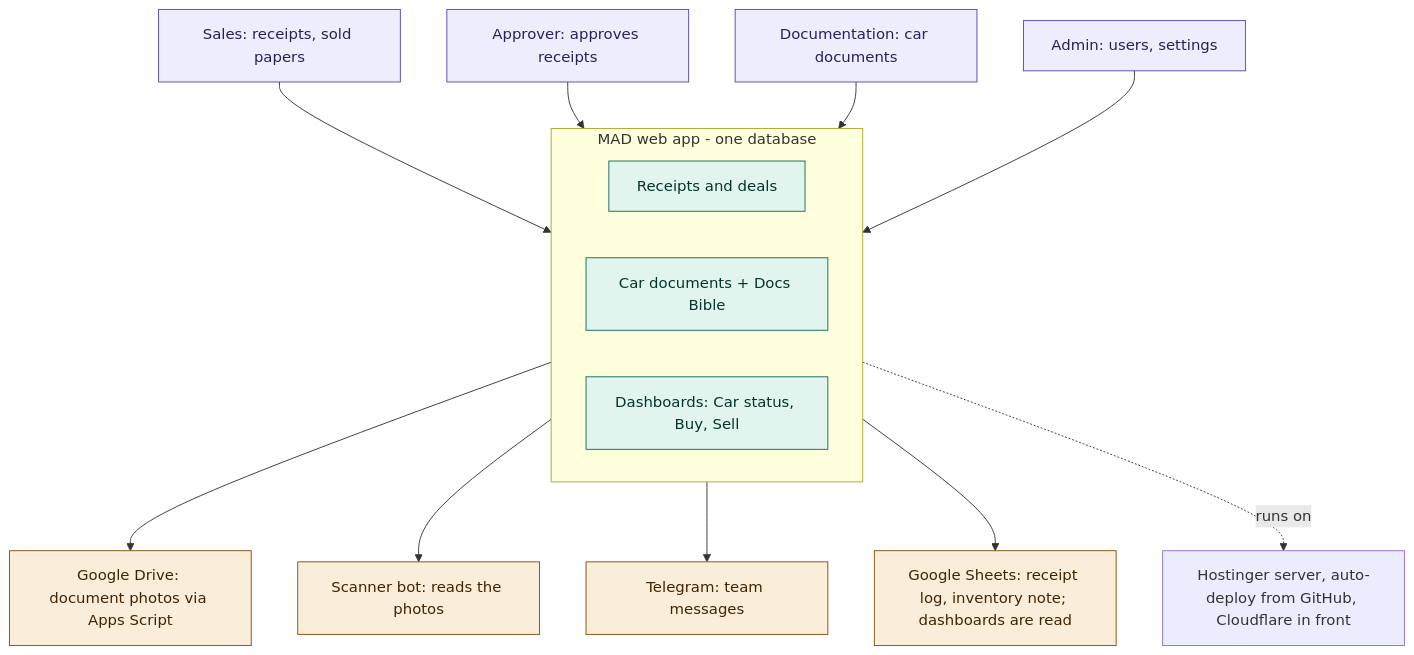
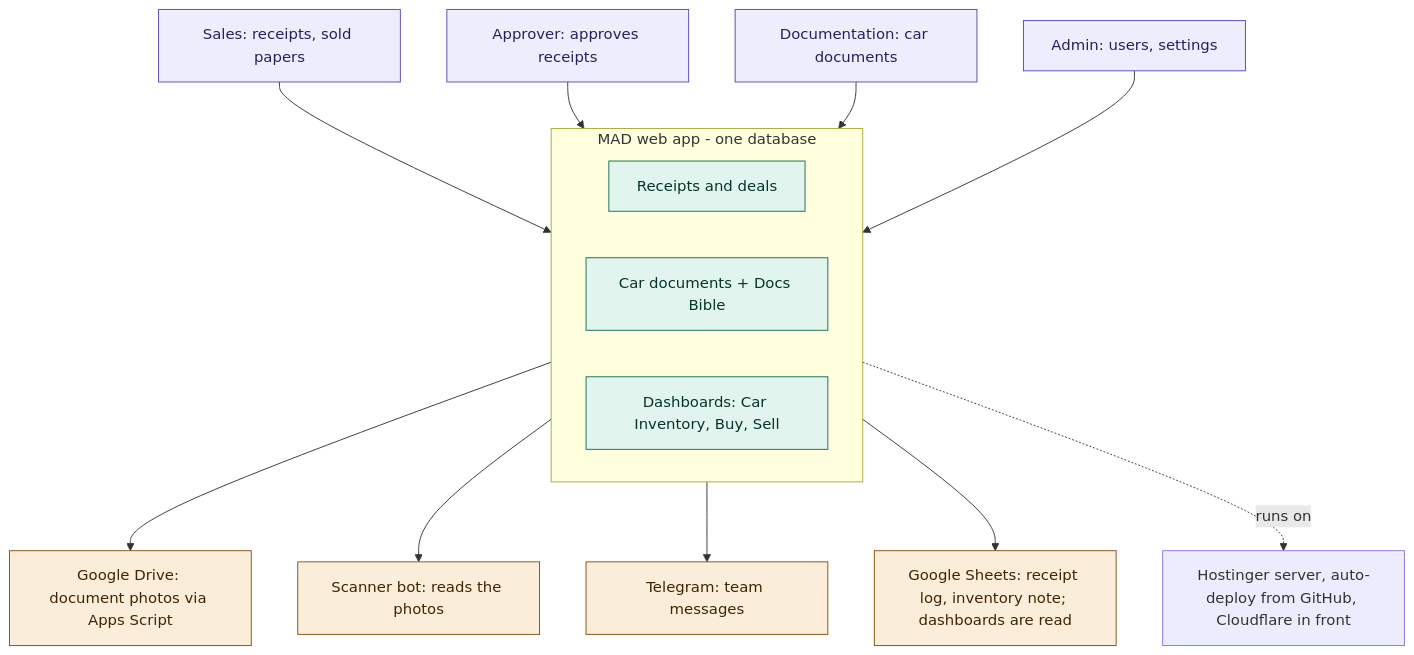
Before and after one commit to DryvePH-Org/mad-receipts: the first of 6 diagrams in Docs/WORKFLOWS.md, drawn with Mermaid. The commit also changed other lines of this file and 26 other files, not shown here.

Commit message:
Clean up: remove dead code and the old uploader, no lint warnings; README short with the feature details in Docs/FEATURES.md, finished plans in Docs/archive, code map in CLAUDE.md; Car Status renamed Car Inventory in the docs

````diff
--- a/Docs/WORKFLOWS.md
+++ b/Docs/WORKFLOWS.md
@@ -9,20 +9,20 @@
 ```mermaid
 flowchart TB
   S[Sales: receipts, sold papers]:::person --> APP
   A[Approver: approves receipts]:::person --> APP
   D[Documentation: car documents]:::person --> APP
   AD[Admin: users, settings]:::person --> APP
   subgraph APP[MAD web app - one database]
     R[Receipts and deals]:::app
     C[Car documents + Docs Bible]:::app
-    DB[Dashboards: Car status, Buy, Sell]:::app
+    DB[Dashboards: Car Inventory, Buy, Sell]:::app
   end
   APP --> GD[Google Drive: document photos via Apps Script]:::ext
   APP --> BOT[Scanner bot: reads the photos]:::ext
   APP --> TG[Telegram: team messages]:::ext
   APP --> GS[Google Sheets: receipt log, inventory note; dashboards are read]:::ext
   APP -.runs on.-> SRV[Hostinger server, auto-deploy from GitHub, Cloudflare in front]
   classDef person fill:#eeedfe,stroke:#534ab7,color:#26215c
   classDef app fill:#e1f5ee,stroke:#0f6e56,color:#04342c
   classDef ext fill:#faeeda,stroke:#854f0b,color:#412402
 ```
````
